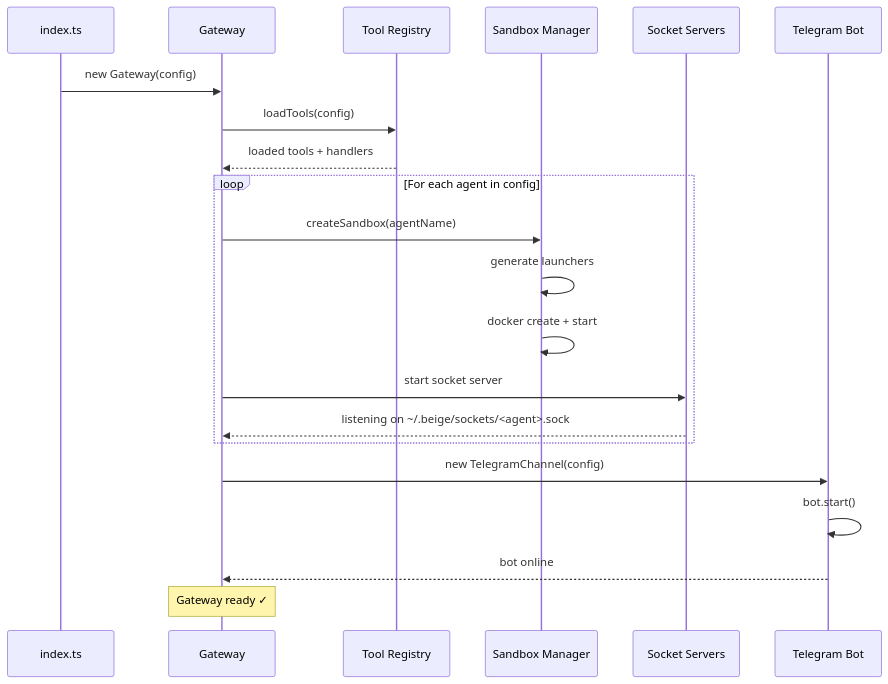
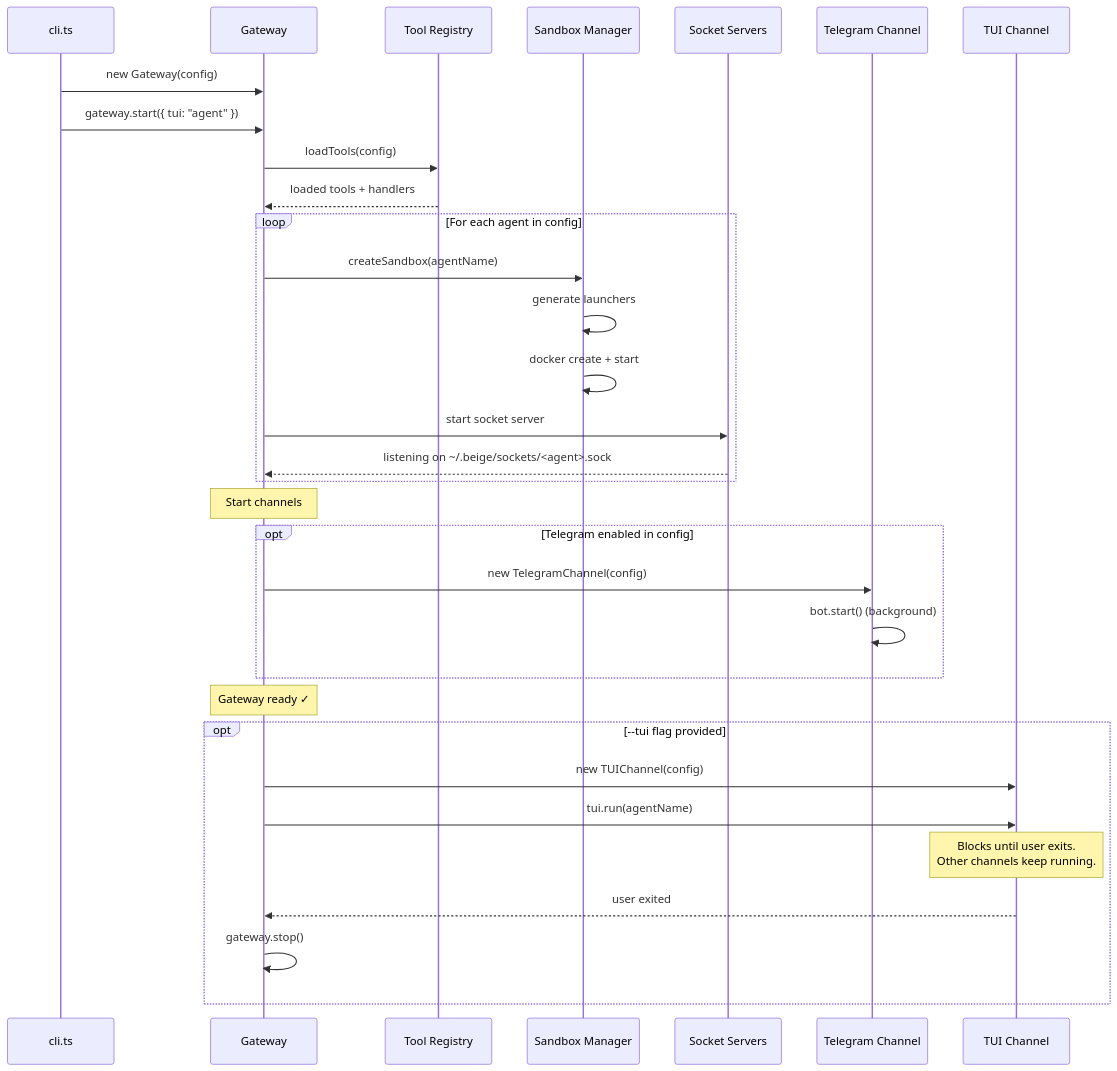
One commit to matthias-hausberger/beige changed the fifth of 6 diagrams in docs/system-overview.md. Above: the diagram before and after it, drawn with Mermaid. The commit also changed other lines of this file and 12 other files, not shown here.

````diff
--- a/docs/system-overview.md
+++ b/docs/system-overview.md
@@ -118,27 +153,41 @@
 ```mermaid
 sequenceDiagram
-    participant Main as index.ts
+    participant CLI as cli.ts
     participant GW as Gateway
     participant Tools as Tool Registry
     participant SM as Sandbox Manager
     participant SS as Socket Servers
-    participant TG as Telegram Bot
+    participant TG as Telegram Channel
+    participant TUI as TUI Channel
 
-    Main->>GW: new Gateway(config)
+    CLI->>GW: new Gateway(config)
+    CLI->>GW: gateway.start({ tui: "agent" })
+
     GW->>Tools: loadTools(config)
     Tools-->>GW: loaded tools + handlers
 
     loop For each agent in config
         GW->>SM: createSandbox(agentName)
         SM->>SM: generate launchers
         SM->>SM: docker create + start
         GW->>SS: start socket server
         SS-->>GW: listening on ~/.beige/sockets/<agent>.sock
     end
 
-    GW->>TG: new TelegramChannel(config)
-    TG->>TG: bot.start()
-    TG-->>GW: bot online
+    Note over GW: Start channels
+
+    opt Telegram enabled in config
+        GW->>TG: new TelegramChannel(config)
+        TG->>TG: bot.start() (background)
+    end
 
     Note over GW: Gateway ready ✓
+
+    opt --tui flag provided
+        GW->>TUI: new TUIChannel(config)
+        GW->>TUI: tui.run(agentName)
+        Note over TUI: Blocks until user exits.<br/>Other channels keep running.
+        TUI-->>GW: user exited
+        GW->>GW: gateway.stop()
+    end
 ```
````
